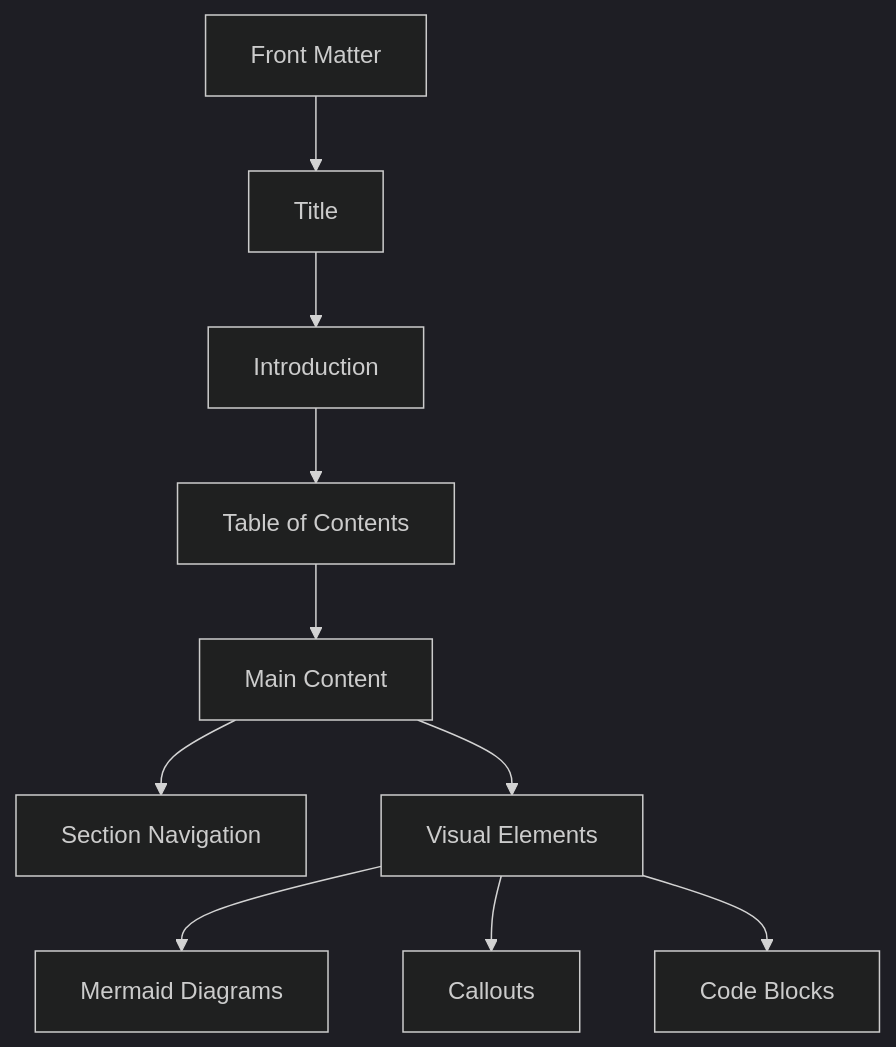
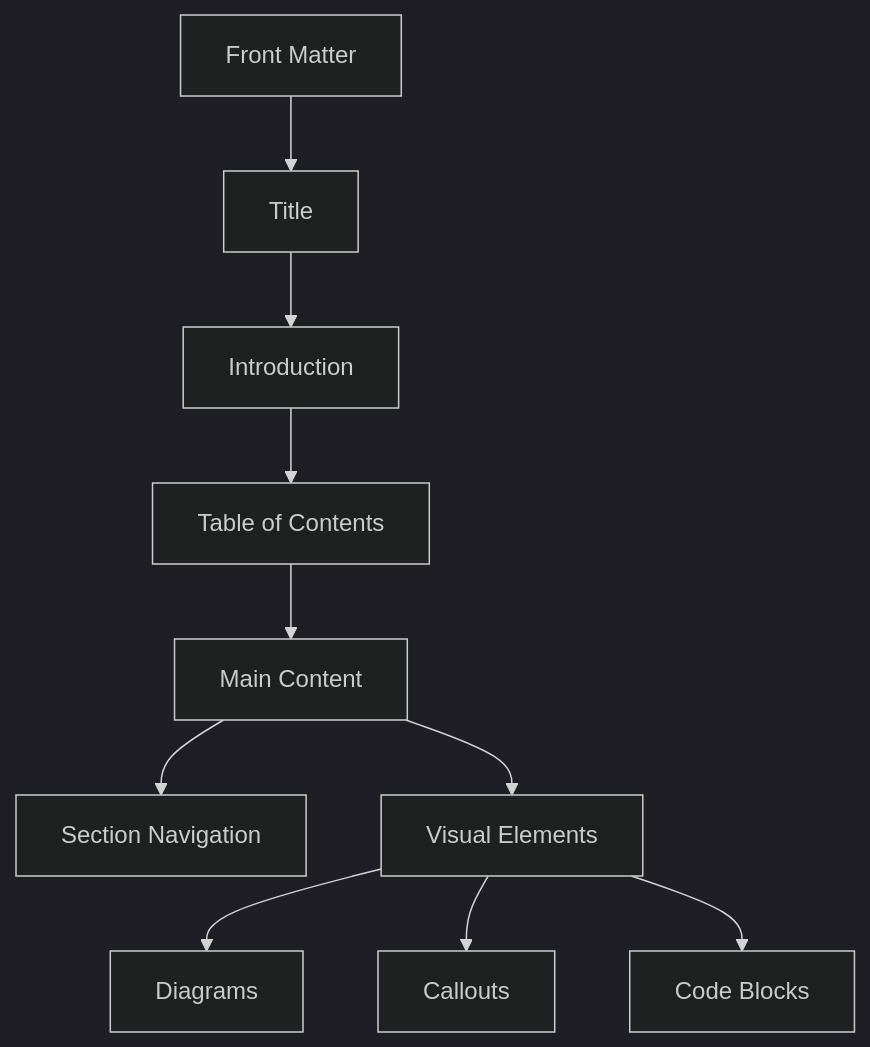
One commit to DeFiFoFum/hardhat-template changed the second of 2 diagrams in .cursor/rules/markdown-rules.mdc. Above: the diagram before and after it, drawn with Mermaid (dark theme). The commit also changed other lines of this file, not shown here.

````diff
--- a/.cursor/rules/markdown-rules.mdc
+++ b/.cursor/rules/markdown-rules.mdc
@@ -126,12 +107,12 @@
 ```mermaid
 graph TD
     A[Front Matter] --> B[Title]
     B --> C[Introduction]
     C --> D[Table of Contents]
     D --> E[Main Content]
     E --> F[Section Navigation]
-    G[Visual Elements] --> H[Mermaid Diagrams]
+    G[Visual Elements] --> H[Diagrams]
     G --> I[Callouts]
     G --> J[Code Blocks]
     E --> G
 ```
````
